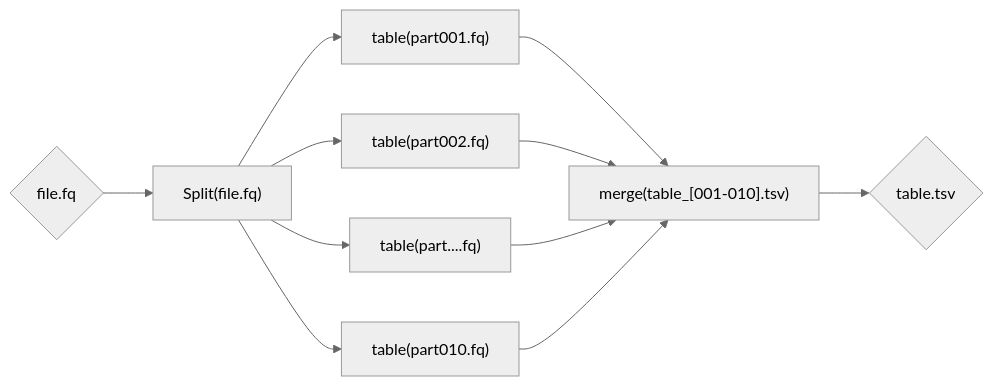
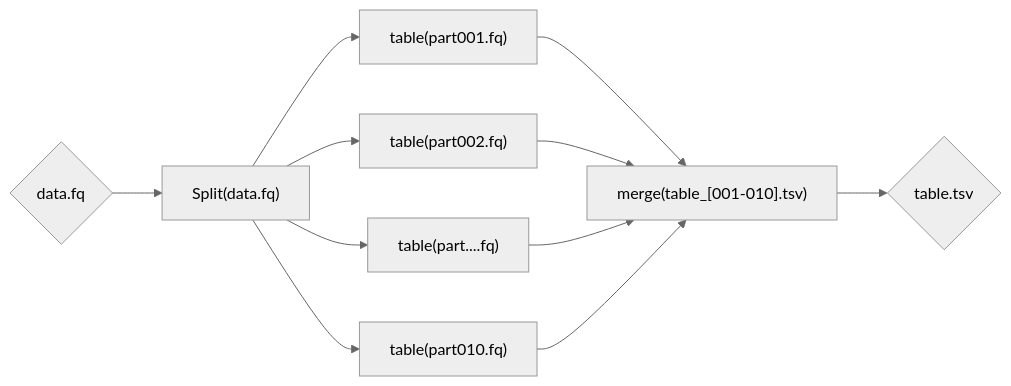
One commit to hds-sandbox/GDKworkshops changed the diagram in webpage/resources/Slides/Advanced/slides.qmd. Above: the diagram before and after it, drawn with Mermaid (neutral theme). The commit also changed other lines of this file and 2 other files, not shown here.

````diff
--- a/webpage/resources/Slides/Advanced/slides.qmd
+++ b/webpage/resources/Slides/Advanced/slides.qmd
@@ -773,13 +773,13 @@
 ```{mermaid}
 flowchart LR
-  A0{file.fq} --> A["Split(file.fq)"]
+  A0{data.fq} --> A["Split(data.fq)"]
   A --> B["table(part001.fq)"]
   A --> C["table(part002.fq)"]
   A --> D["table(part....fq)"]
   A --> E["table(part010.fq)"]
   B --> F["merge(table_[001-010].tsv)"]
   C --> F
   D --> F
   E --> F
   F --> G{table.tsv}
 ```
````
